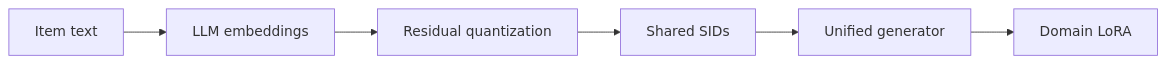
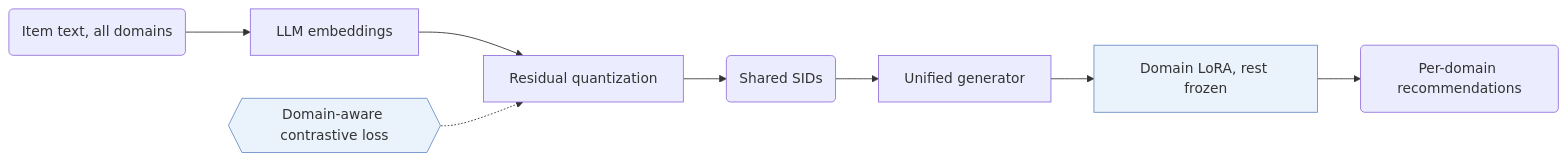
Before and after one commit to Galaxy-ghost/Awesome-SID-Generative-Rec: the diagram in notes/gmc.md, drawn with Mermaid. The commit also changed 521 other files, not shown here.

Commit message:
writer-04 part 3: algorithm diagrams with shared shape conventions, README hero and paper cards, archive removed

````diff
--- a/notes/gmc.md
+++ b/notes/gmc.md
@@ -13,8 +13,11 @@
 ```mermaid
 flowchart LR
-    A[Item text] --> B[LLM embeddings]
-    B --> C[Residual quantization]
-    C --> D[Shared SIDs]
-    D --> E[Unified generator]
-    E --> F[Domain LoRA]
+    A("Item text, all domains") --> B["LLM embeddings"]
+    B --> C["Residual quantization"]
+    L1{{"Domain-aware contrastive loss"}}:::key -.-> C
+    C --> D("Shared SIDs")
+    D --> E["Unified generator"]
+    E --> F["Domain LoRA, rest frozen"]:::key
+    F --> G("Per-domain recommendations")
+    classDef key fill:#eaf2fb,stroke:#6b8fc7
 ```
````
